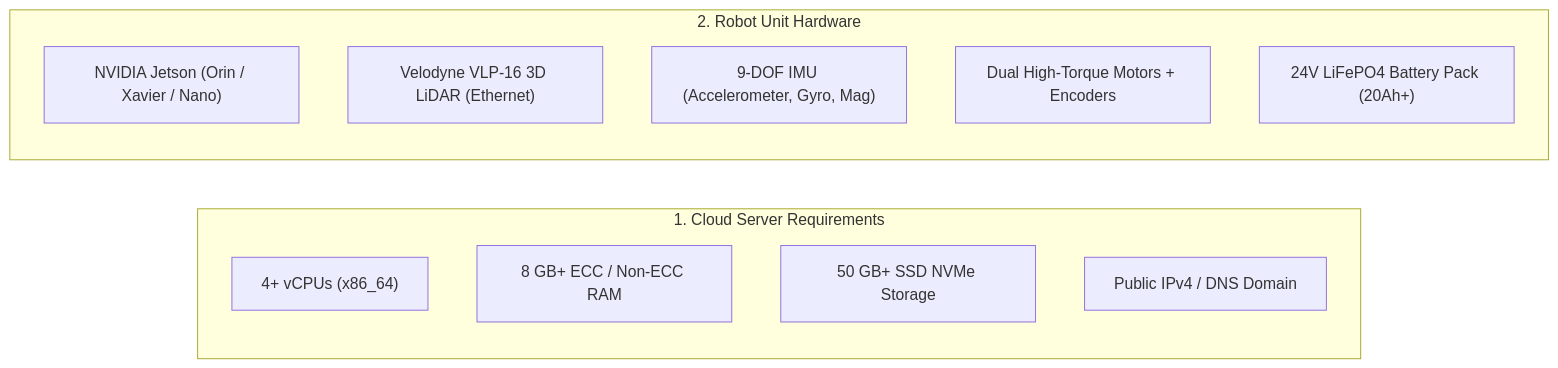
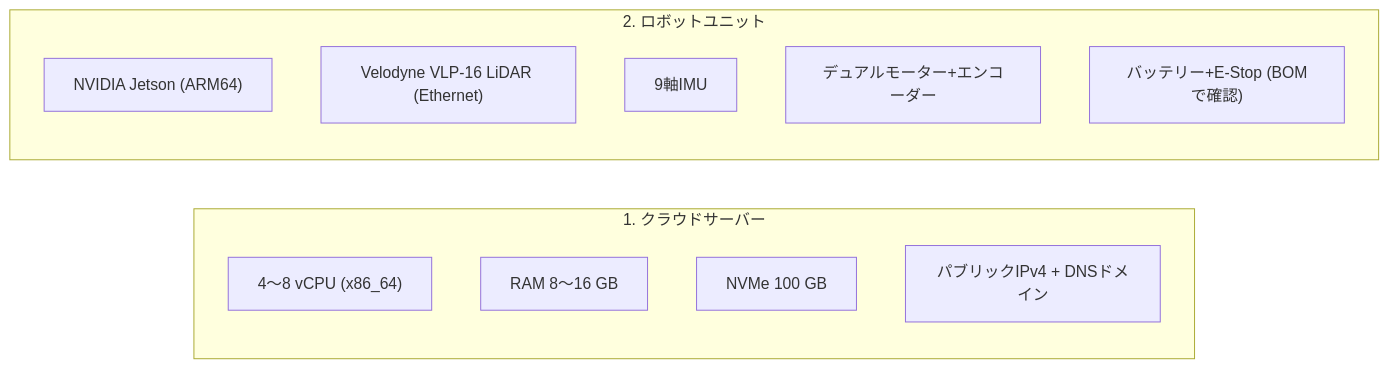
One commit to itbdelaboprogramming/msd700_documentation changed the first of 2 diagrams in docs/ja/setup/prerequisites.md. Above: the diagram before and after it, drawn with Mermaid. The commit also changed other lines of this file and 110 other files, not shown here.

````diff
--- a/docs/ja/setup/prerequisites.md
+++ b/docs/ja/setup/prerequisites.md
@@ -13,17 +13,17 @@
 ```mermaid
 flowchart LR
-  subgraph ServerSpecs["1. Cloud Server Requirements"]
-    S_CPU["4+ vCPUs (x86_64)"]
-    S_RAM["8 GB+ ECC / Non-ECC RAM"]
-    S_DISK["50 GB+ SSD NVMe Storage"]
-    S_NET["Public IPv4 / DNS Domain"]
+  subgraph ServerSpecs["1. クラウドサーバー"]
+    S_CPU["4〜8 vCPU (x86_64)"]
+    S_RAM["RAM 8〜16 GB"]
+    S_DISK["NVMe 100 GB"]
+    S_NET["パブリックIPv4 + DNSドメイン"]
   end
 
-  subgraph UnitSpecs["2. Robot Unit Hardware"]
-    U_SBC["NVIDIA Jetson (Orin / Xavier / Nano)"]
-    U_LIDAR["Velodyne VLP-16 3D LiDAR (Ethernet)"]
-    U_IMU["9-DOF IMU (Accelerometer, Gyro, Mag)"]
-    U_MOTOR["Dual High-Torque Motors + Encoders"]
-    U_BAT["24V LiFePO4 Battery Pack (20Ah+)"]
+  subgraph UnitSpecs["2. ロボットユニット"]
+    U_SBC["NVIDIA Jetson (ARM64)"]
+    U_LIDAR["Velodyne VLP-16 LiDAR (Ethernet)"]
+    U_IMU["9軸IMU"]
+    U_MOTOR["デュアルモーター+エンコーダー"]
+    U_BAT["バッテリー+E-Stop (BOMで確認)"]
   end
 ```
````
